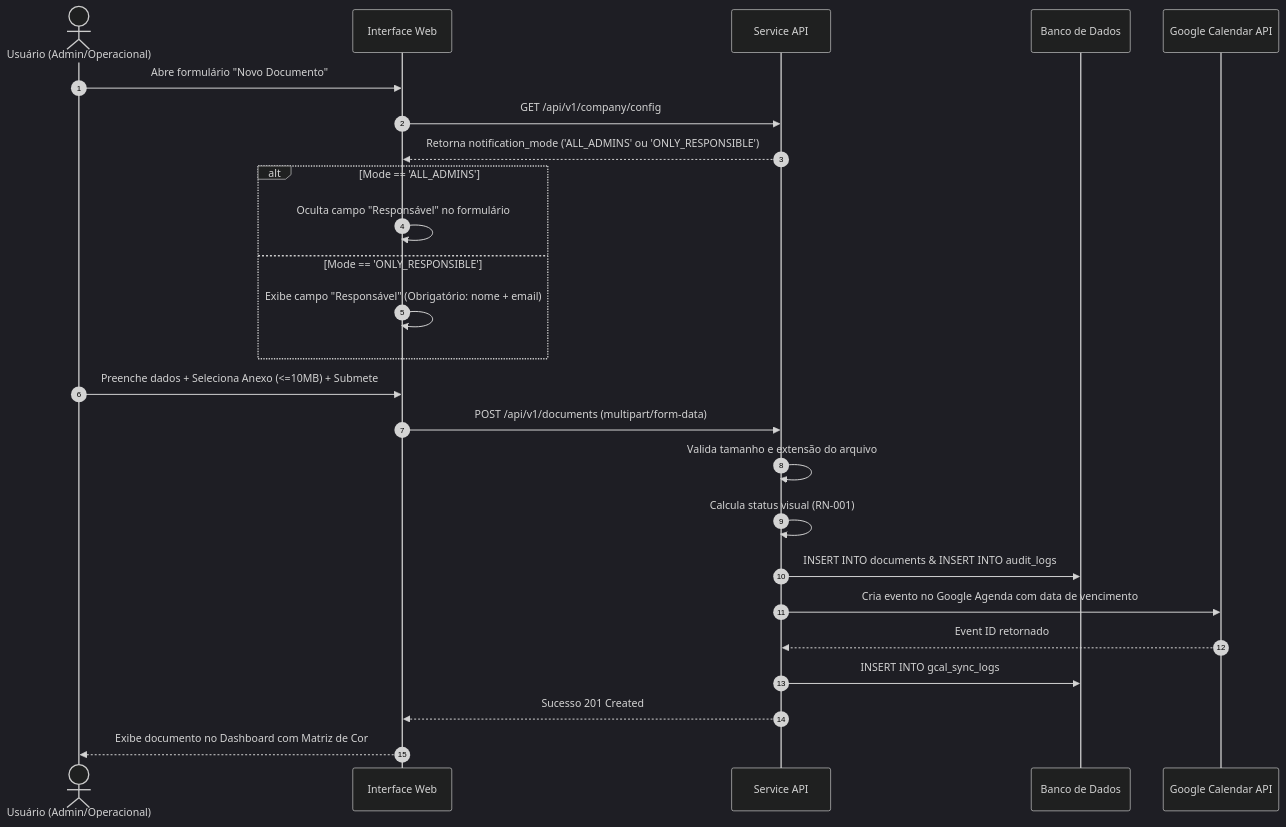
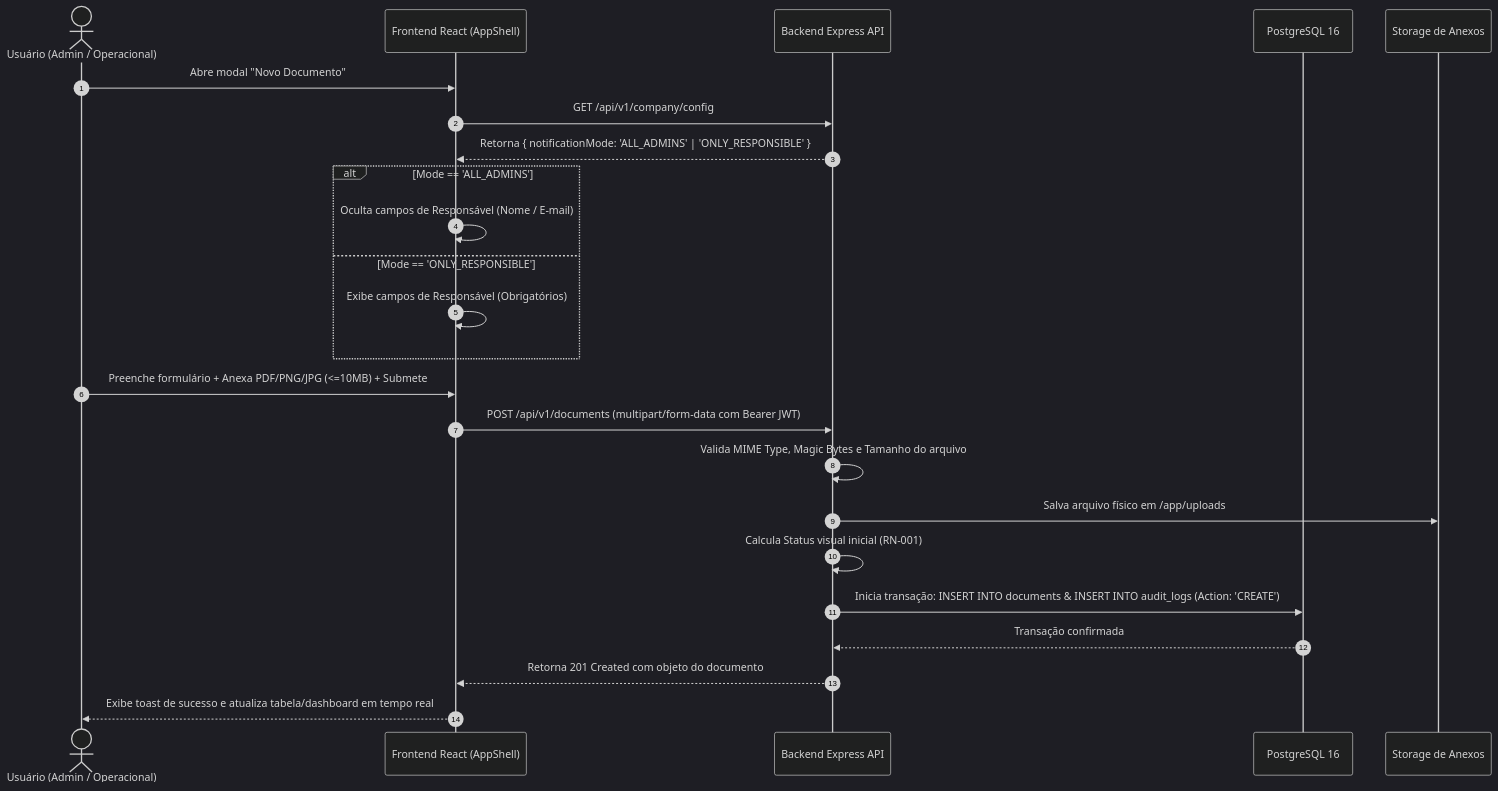
One commit to anmarfp/ObDocs changed the third of 4 diagrams in docs/ARCHITECTURE.md. Above: the diagram before and after it, drawn with Mermaid (dark theme). The commit also changed other lines of this file and 1 other file, not shown here.

Commit message:
docs: atualizar PRD e ARCHITECTURE para refletir a conclusao da Fase 4 e a entrega do sistema

````diff
--- a/docs/ARCHITECTURE.md
+++ b/docs/ARCHITECTURE.md
@@ -286,28 +299,27 @@
 ```mermaid
 sequenceDiagram
     autonumber
-    actor User as Usuário (Admin/Operacional)
-    participant UI as Interface Web
-    participant API as Service API
-    participant DB as Banco de Dados
-    participant GCal as Google Calendar API
+    actor User as Usuário (Admin / Operacional)
+    participant UI as Frontend React (AppShell)
+    participant API as Backend Express API
+    participant DB as PostgreSQL 16
+    participant Storage as Storage de Anexos
 
-    User->>UI: Abre formulário "Novo Documento"
+    User->>UI: Abre modal "Novo Documento"
     UI->>API: GET /api/v1/company/config
-    API-->>UI: Retorna notification_mode ('ALL_ADMINS' ou 'ONLY_RESPONSIBLE')
+    API-->>UI: Retorna { notificationMode: 'ALL_ADMINS' | 'ONLY_RESPONSIBLE' }
     alt Mode == 'ALL_ADMINS'
-        UI->>UI: Oculta campo "Responsável" no formulário
+        UI->>UI: Oculta campos de Responsável (Nome / E-mail)
     else Mode == 'ONLY_RESPONSIBLE'
-        UI->>UI: Exibe campo "Responsável" (Obrigatório: nome + email)
+        UI->>UI: Exibe campos de Responsável (Obrigatórios)
     end
-    User->>UI: Preenche dados + Seleciona Anexo (<=10MB) + Submete
-    UI->>API: POST /api/v1/documents (multipart/form-data)
-    API->>API: Valida tamanho e extensão do arquivo
-    API->>API: Calcula status visual (RN-001)
-    API->>DB: INSERT INTO documents & INSERT INTO audit_logs
-    API->>GCal: Cria evento no Google Agenda com data de vencimento
-    GCal-->>API: Event ID retornado
-    API->>DB: INSERT INTO gcal_sync_logs
-    API-->>UI: Sucesso 201 Created
-    UI-->>User: Exibe documento no Dashboard com Matriz de Cor
+    User->>UI: Preenche formulário + Anexa PDF/PNG/JPG (<=10MB) + Submete
+    UI->>API: POST /api/v1/documents (multipart/form-data com Bearer JWT)
+    API->>API: Valida MIME Type, Magic Bytes e Tamanho do arquivo
+    API->>Storage: Salva arquivo físico em /app/uploads
+    API->>API: Calcula Status visual inicial (RN-001)
+    API->>DB: Inicia transação: INSERT INTO documents & INSERT INTO audit_logs (Action: 'CREATE')
+    DB-->>API: Transação confirmada
+    API-->>UI: Retorna 201 Created com objeto do documento
+    UI-->>User: Exibe toast de sucesso e atualiza tabela/dashboard em tempo real
 ```
````
